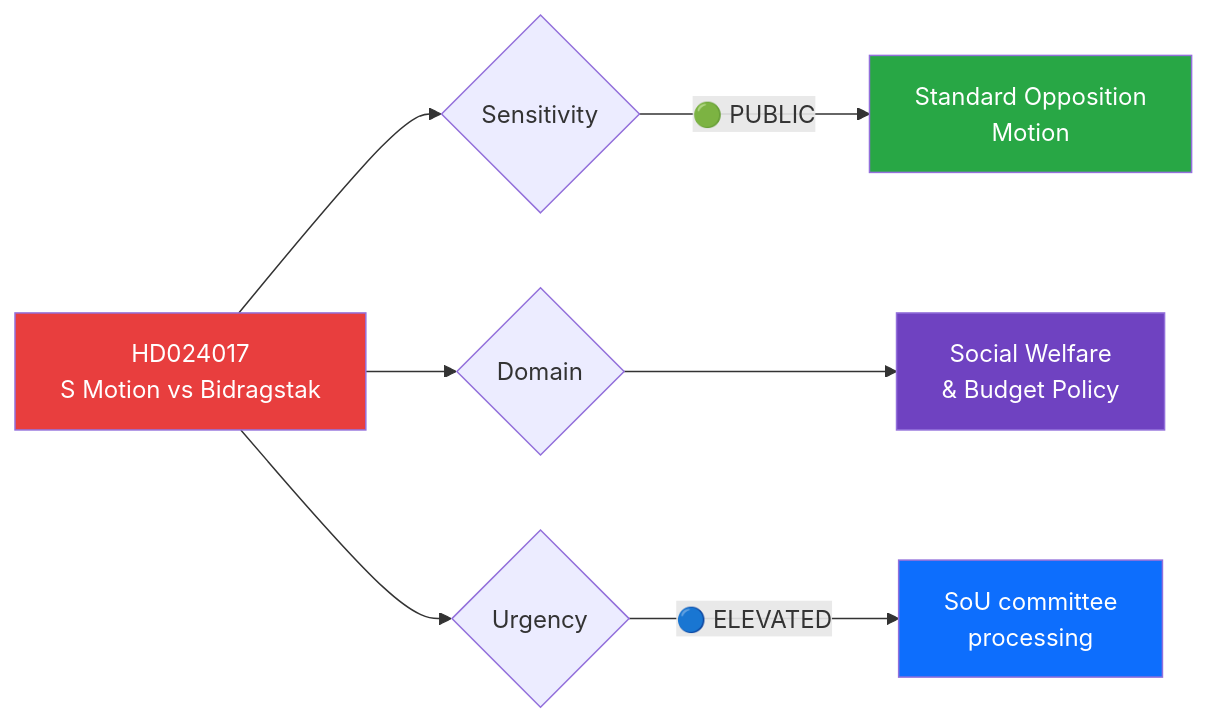
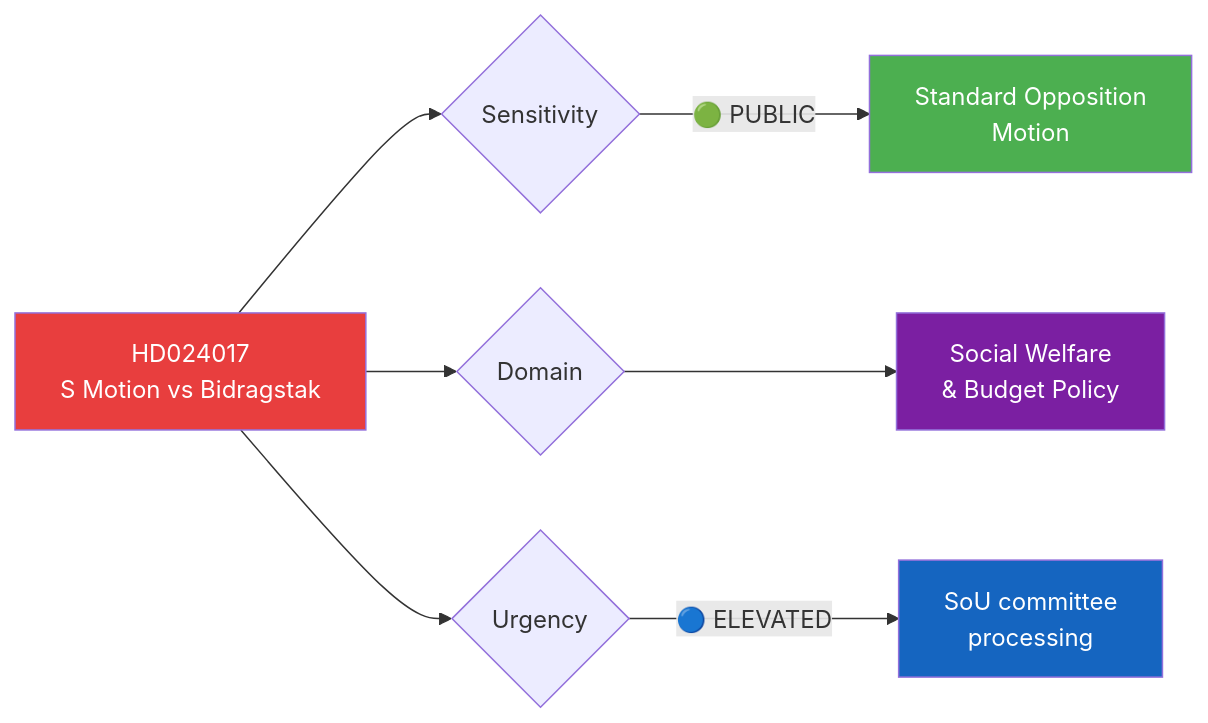
Before and after one commit to Hack23/riksdagsmonitor: the diagram in analysis/daily/2026-04-01/documents/HD024017-analysis.md, drawn with Mermaid. The commit also changed 785 other files, not shown here.

First line of the commit message:
Normalize mermaid colors across 786 analysis artifacts to ISMS Style Guide palette

````diff
--- a/analysis/daily/2026-04-01/documents/HD024017-analysis.md
+++ b/analysis/daily/2026-04-01/documents/HD024017-analysis.md
@@ -26,16 +26,16 @@
 ```mermaid
 graph LR
     A["HD024017<br/>S Motion vs Bidragstak"] --> B{Sensitivity}
     B -->|"🟢 PUBLIC"| E["Standard Opposition<br/>Motion"]
     
     A --> G{Domain}
     G --> H["Social Welfare<br/>& Budget Policy"]
     
     A --> I{Urgency}
     I -->|"🔵 ELEVATED"| L["SoU committee<br/>processing"]
     
-    style A fill:#e83e3e,color:#fff
-    style E fill:#28a745,color:#fff
-    style H fill:#6f42c1,color:#fff
-    style L fill:#0d6efd,color:#fff
+    style A fill:#e83e3e,color:#FFFFFF
+    style E fill:#4CAF50,color:#FFFFFF
+    style H fill:#7B1FA2,color:#FFFFFF
+    style L fill:#1565C0,color:#FFFFFF
 ```
````
